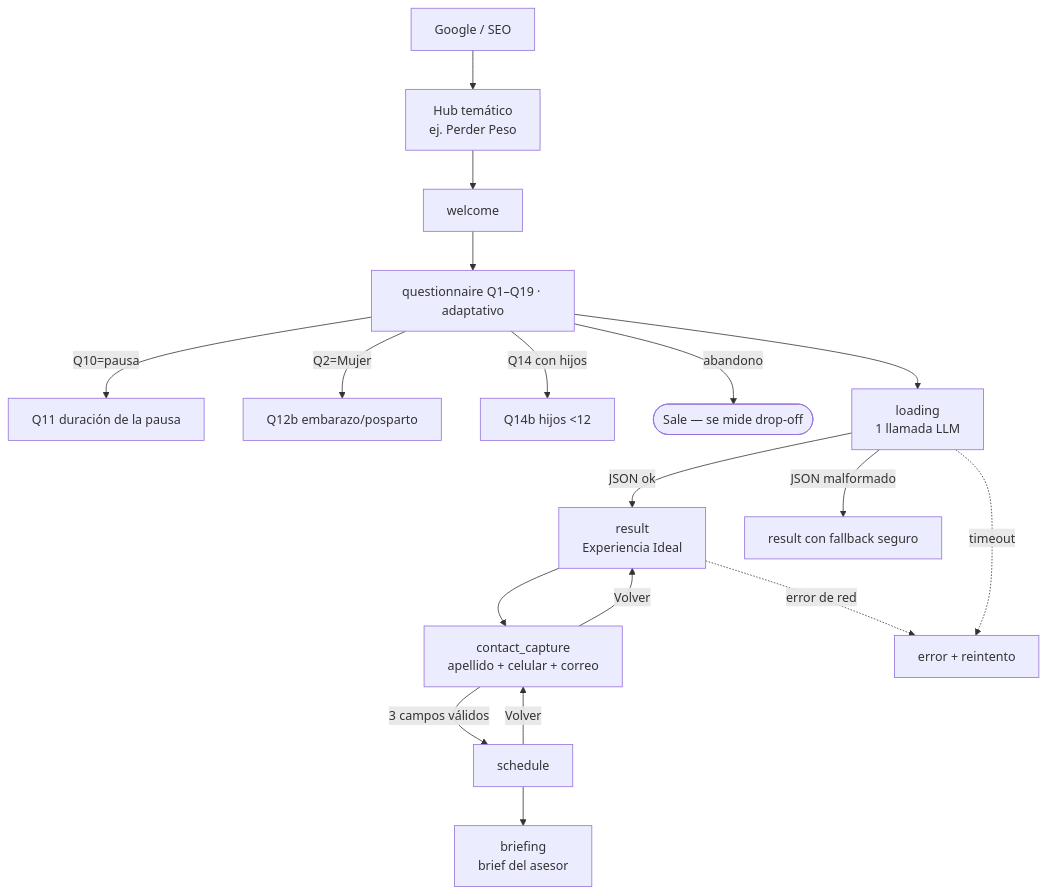
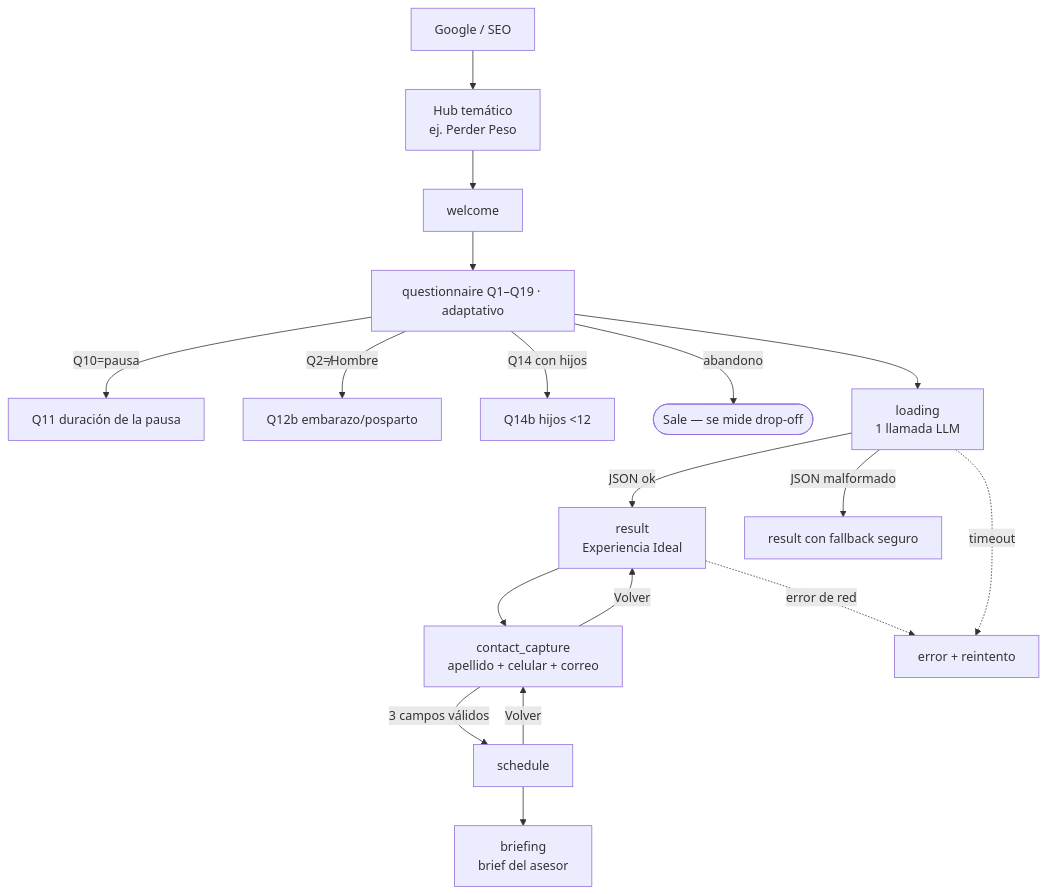
Before and after one commit to EricToled564/SW-Business-Development-System: the second of 2 diagrams in resultados/ux-spec-experiencia-ideal.md, drawn with Mermaid. The commit also changed other lines of this file and 1 other file, not shown here.

````diff
--- a/resultados/ux-spec-experiencia-ideal.md
+++ b/resultados/ux-spec-experiencia-ideal.md
@@ -92,20 +92,20 @@
 ```mermaid
 flowchart TD
  G[Google / SEO] --> H[Hub temático<br/>ej. Perder Peso]
  H --> W[welcome]
  W --> Q[questionnaire Q1–Q19 · adaptativo]
  Q -->|Q10=pausa| Q11n[Q11 duración de la pausa]
- Q -->|Q2=Mujer| Q12b[Q12b embarazo/posparto]
+ Q -->|Q2≠Hombre| Q12b[Q12b embarazo/posparto]
  Q -->|Q14 con hijos| Q14b[Q14b hijos &lt;12]
  Q -->|abandono| EXIT([Sale — se mide drop-off])
  Q --> L[loading<br/>1 llamada LLM]
  L -->|JSON ok| R[result<br/>Experiencia Ideal]
  L -->|JSON malformado| RF[result con fallback seguro]
  R --> CC[contact_capture<br/>apellido + celular + correo]
  CC -->|Volver| R
  CC -->|3 campos válidos| S[schedule]
  S -->|Volver| CC
  S --> B[briefing<br/>brief del asesor]
  R -.error de red.-> ERR[error + reintento]
  L -.timeout.-> ERR
 ```
````
